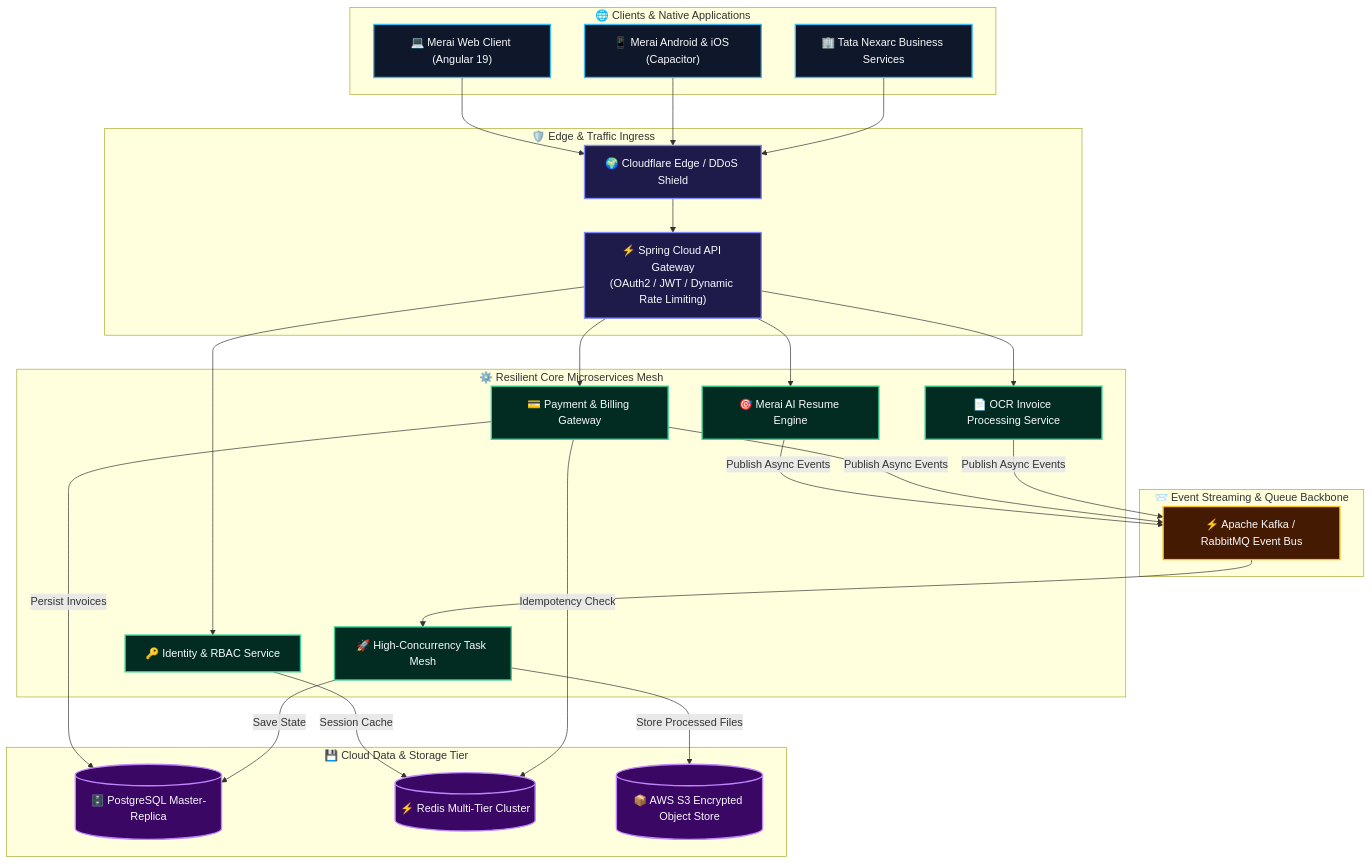
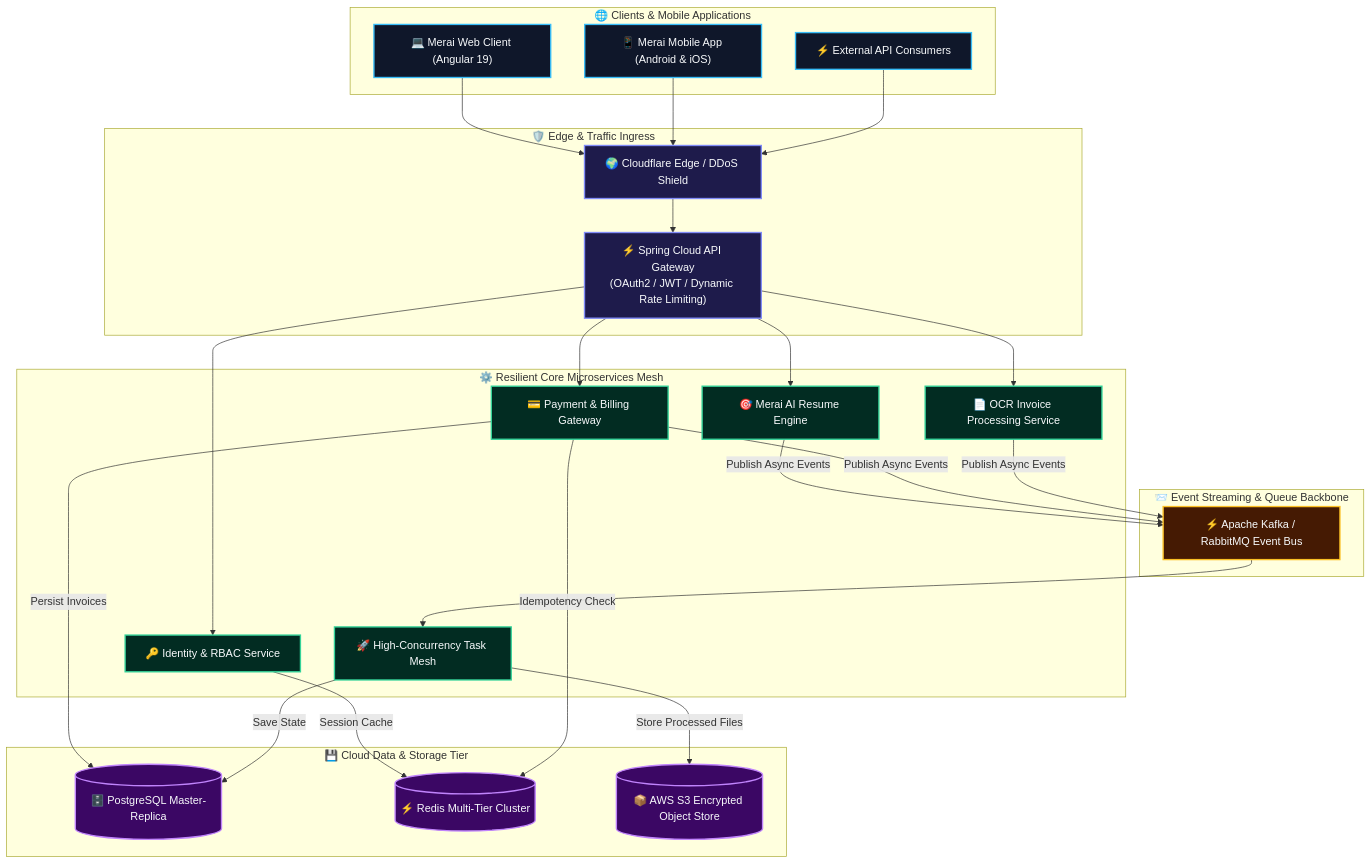
The second of 2 diagrams in README.md (mskumar1/mskumar1), drawn with Mermaid before and after one commit. The commit also changed other lines of this file, not shown here.

Commit message:
chore: remove Tata Nexarc and Capacitor references

````diff
--- a/README.md
+++ b/README.md
@@ -153,53 +153,53 @@
 ```mermaid
 flowchart TD
     %% Styling Classes
     classDef client fill:#0f172a,stroke:#38bdf8,stroke-width:2px,color:#f8fafc;
     classDef edge fill:#1e1b4b,stroke:#818cf8,stroke-width:2px,color:#f8fafc;
     classDef core fill:#022c22,stroke:#34d399,stroke-width:2px,color:#f8fafc;
     classDef stream fill:#451a03,stroke:#fbbf24,stroke-width:2px,color:#f8fafc;
     classDef data fill:#3b0764,stroke:#c084fc,stroke-width:2px,color:#f8fafc;
 
-    subgraph ClientLayer ["🌐 Clients & Native Applications"]
+    subgraph ClientLayer ["🌐 Clients & Mobile Applications"]
         Web["💻 Merai Web Client (Angular 19)"]:::client
-        Mobile["📱 Merai Android & iOS (Capacitor)"]:::client
-        TataApps["🏢 Tata Nexarc Business Services"]:::client
+        Mobile["📱 Merai Mobile App (Android & iOS)"]:::client
+        PublicAPI["⚡ External API Consumers"]:::client
     end
 
     subgraph EdgeLayer ["🛡️ Edge & Traffic Ingress"]
         CDN["🌍 Cloudflare Edge / DDoS Shield"]:::edge
         APIGateway["⚡ Spring Cloud API Gateway<br/>(OAuth2 / JWT / Dynamic Rate Limiting)"]:::edge
     end
 
     subgraph Microservices ["⚙️ Resilient Core Microservices Mesh"]
         AuthSvc["🔑 Identity & RBAC Service"]:::core
         MeraiSvc["🎯 Merai AI Resume Engine"]:::core
         PaymentSvc["💳 Payment & Billing Gateway"]:::core
         DocSvc["📄 OCR Invoice Processing Service"]:::core
         WorkerPool["🚀 High-Concurrency Task Mesh"]:::core
     end
 
     subgraph EventStream ["📨 Event Streaming & Queue Backbone"]
         Kafka["⚡ Apache Kafka / RabbitMQ Event Bus"]:::stream
     end
 
     subgraph Persistence ["💾 Cloud Data & Storage Tier"]
         DB[("🗄️ PostgreSQL Master-Replica")]:::data
         RedisCache[("⚡ Redis Multi-Tier Cluster")]:::data
         S3Storage[("📦 AWS S3 Encrypted Object Store")]:::data
     end
 
-    Web & Mobile & TataApps --> CDN --> APIGateway
+    Web & Mobile & PublicAPI --> CDN --> APIGateway
     APIGateway --> AuthSvc
     APIGateway --> MeraiSvc
     APIGateway --> PaymentSvc
     APIGateway --> DocSvc
 
     MeraiSvc & PaymentSvc & DocSvc -->|Publish Async Events| Kafka
     Kafka --> WorkerPool
 
     AuthSvc -->|Session Cache| RedisCache
     PaymentSvc -->|Idempotency Check| RedisCache
     PaymentSvc -->|Persist Invoices| DB
     WorkerPool -->|Store Processed Files| S3Storage
     WorkerPool -->|Save State| DB
 ```
````
